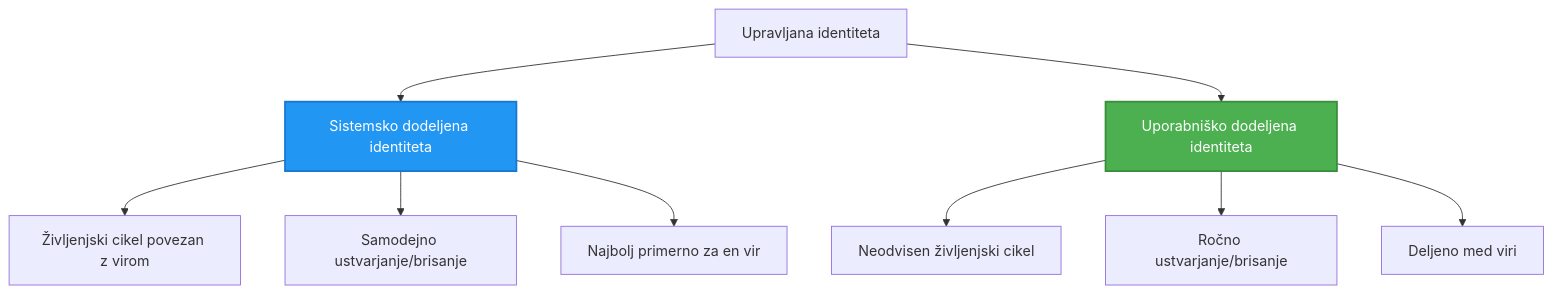
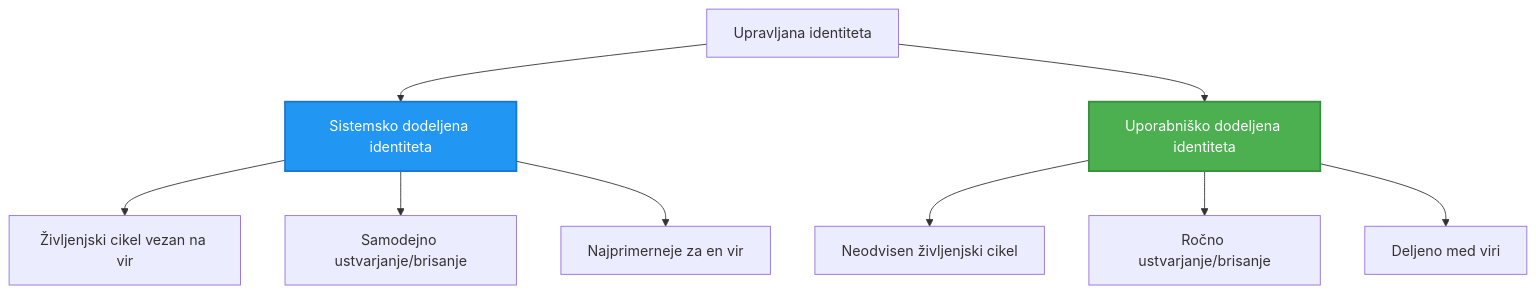
Before and after one commit to microsoft/AZD-for-beginners: the second of 2 diagrams in translations/sl/docs/chapter-03-configuration/authsecurity.md, drawn with Mermaid. The commit also changed other lines of this file and 101 other files, not shown here.

````diff
--- a/translations/sl/docs/chapter-03-configuration/authsecurity.md
+++ b/translations/sl/docs/chapter-03-configuration/authsecurity.md
@@ -97,20 +97,20 @@
 ```mermaid
 graph TB
     MI[Upravljana identiteta]
     SystemAssigned[Sistemsko dodeljena identiteta]
     UserAssigned[Uporabniško dodeljena identiteta]
     
     MI --> SystemAssigned
     MI --> UserAssigned
     
-    SystemAssigned --> SA1[Življenjski cikel povezan z virom]
+    SystemAssigned --> SA1[Življenjski cikel vezan na vir]
     SystemAssigned --> SA2[Samodejno ustvarjanje/brisanje]
-    SystemAssigned --> SA3[Najbolj primerno za en vir]
+    SystemAssigned --> SA3[Najprimerneje za en vir]
     
     UserAssigned --> UA1[Neodvisen življenjski cikel]
     UserAssigned --> UA2[Ročno ustvarjanje/brisanje]
     UserAssigned --> UA3[Deljeno med viri]
     
     style SystemAssigned fill:#2196F3,stroke:#1976D2,stroke-width:2px,color:#fff
     style UserAssigned fill:#4CAF50,stroke:#388E3C,stroke-width:2px,color:#fff
 ```
````
